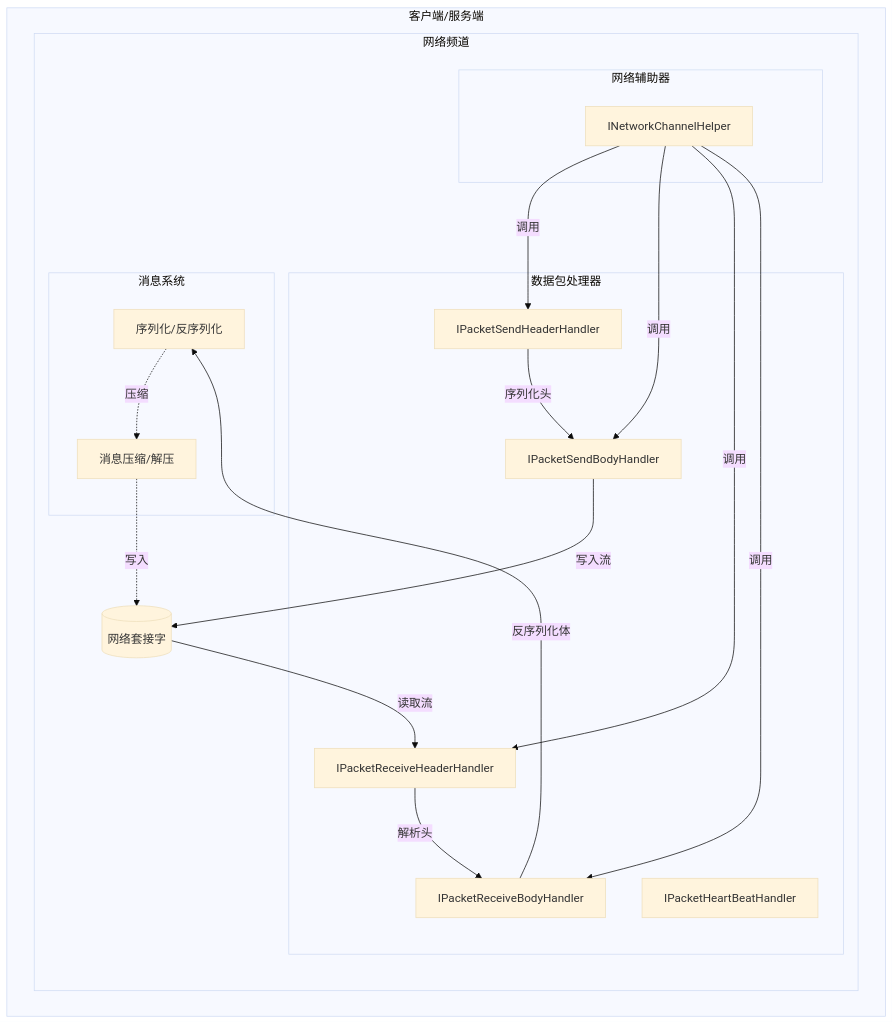
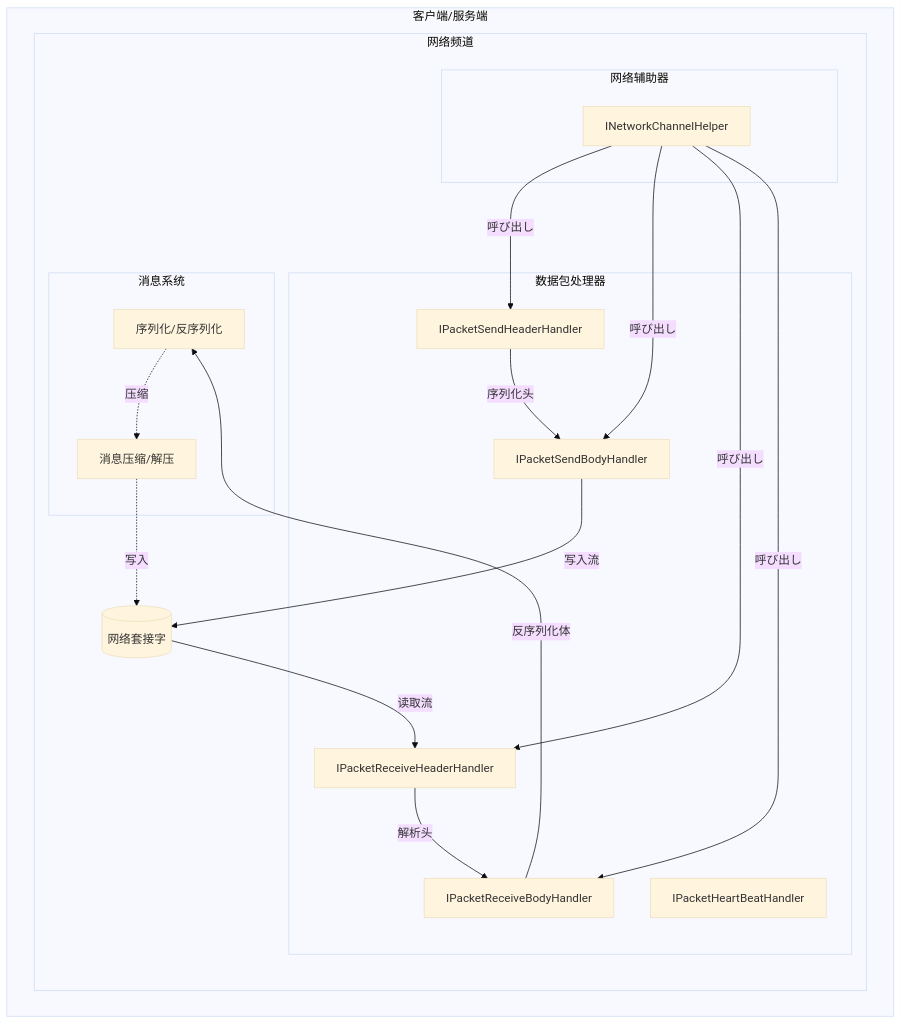
The first of 3 diagrams in docs/ja/client/unity/component/network/07.packet-handlers.md (AlianBlank/GameFrameX.Docs), drawn with Mermaid (base theme) before and after one commit. The commit also changed other lines of this file and 603 other files, not shown here.

````diff
--- a/docs/ja/client/unity/component/network/07.packet-handlers.md
+++ b/docs/ja/client/unity/component/network/07.packet-handlers.md
@@ -18,39 +18,39 @@
 ```mermaid
 flowchart TD
     subgraph Client["客户端/服务端"]
         subgraph NetworkChannel["网络频道"]
             subgraph PacketHandlers["数据包处理器"]
                 SendHeader[IPacketSendHeaderHandler]
                 SendBody[IPacketSendBodyHandler]
                 RecvHeader[IPacketReceiveHeaderHandler]
                 RecvBody[IPacketReceiveBodyHandler]
                 HeartBeat[IPacketHeartBeatHandler]
             end
             
             subgraph NetworkHelper["网络辅助器"]
                 Helper[INetworkChannelHelper]
             end
             
             subgraph MessageSystem["消息系统"]
                 Serializer[序列化/反序列化]
                 Compress[消息压缩/解压]
             end
             
             Socket[(网络套接字)]
         end
     end
     
     SendHeader -->|序列化头| SendBody
     SendBody -->|写入流| Socket
     Socket -->|读取流| RecvHeader
     RecvHeader -->|解析头| RecvBody
     RecvBody -->|反序列化体| Serializer
     
-    Helper -->|调用| SendHeader
-    Helper -->|调用| SendBody
-    Helper -->|调用| RecvHeader
-    Helper -->|调用| RecvBody
+    Helper -->|呼び出し| SendHeader
+    Helper -->|呼び出し| SendBody
+    Helper -->|呼び出し| RecvHeader
+    Helper -->|呼び出し| RecvBody
     
     Serializer -.->|压缩| Compress
     Compress -.->|写入| Socket
 ```
````
